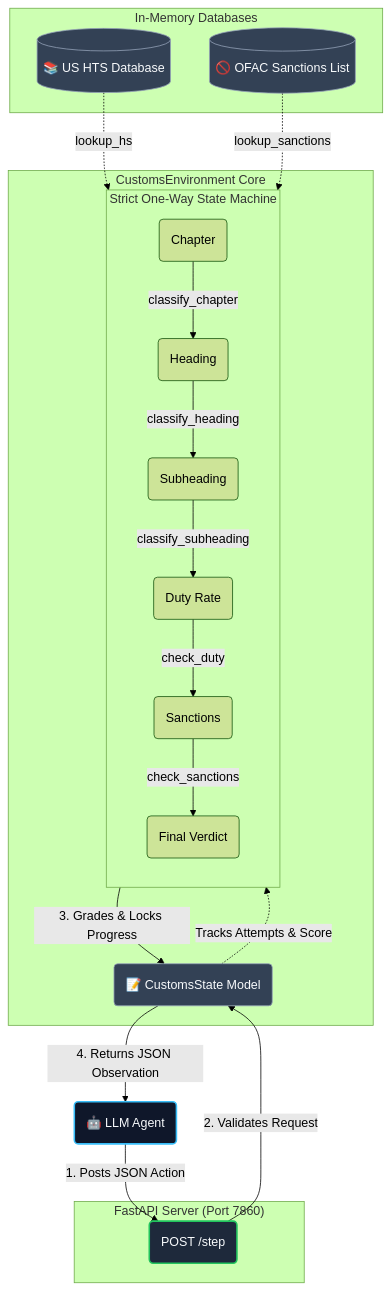
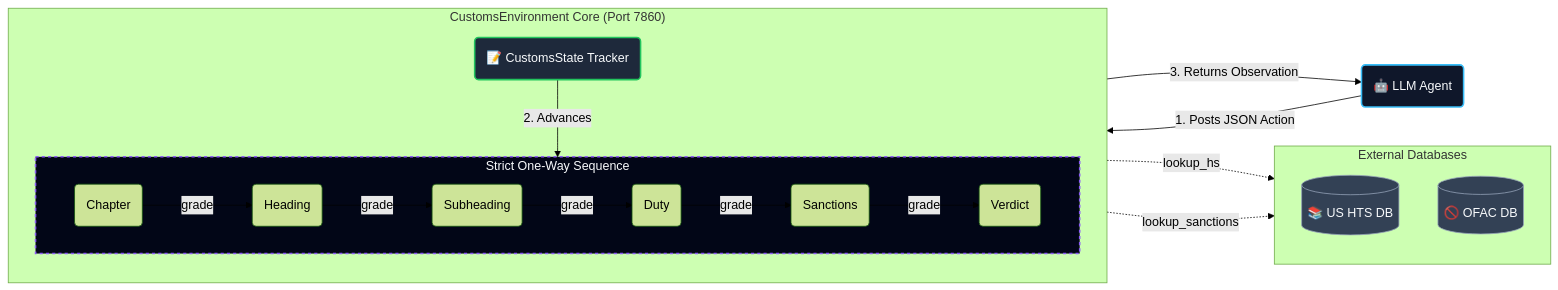
The diagram in README.md (sriharizz/customs-trade-classification), drawn with Mermaid (forest theme) before and after one commit.

Commit message:
docs: Update Mermaid diagram to Left-to-Right layout for clarity

````diff
--- a/README.md
+++ b/README.md
@@ -154,38 +154,39 @@
 ```mermaid
-graph TD
+graph LR
     classDef llm fill:#0f172a,stroke:#38bdf8,stroke-width:2px,color:#f8fafc;
     classDef server fill:#1e293b,stroke:#22c55e,stroke-width:2px,color:#f8fafc;
     classDef db fill:#334155,stroke:#94a3b8,stroke-width:1px,color:#f8fafc;
+    classDef oneway fill:#020617,stroke:#8b5cf6,stroke-width:2px,color:#f8fafc,stroke-dasharray: 4;
 
     Agent("🤖 LLM Agent"):::llm
 
-    subgraph API ["FastAPI Server (Port 7860)"]
-        Router("POST /step"):::server
+    subgraph Env ["CustomsEnvironment Core (Port 7860)"]
+        direction TB
+        State("📝 CustomsState Tracker"):::server
+        
+        subgraph Machine ["Strict One-Way Sequence"]
+            direction LR
+            C("Chapter") -->|grade| H("Heading")
+            H -->|grade| S("Subheading")
+            S -->|grade| D("Duty")
+            D -->|grade| SF("Sanctions")
+            SF -->|grade| V("Verdict")
+        end
     end
 
-    subgraph Core ["CustomsEnvironment Core"]
-        State("📝 CustomsState Model"):::db
-        
-        subgraph OneWay ["Strict One-Way State Machine"]
-            direction TB
-            C("Chapter") -->|"classify_chapter"| H("Heading")
-            H -->|"classify_heading"| S("Subheading")
-            S -->|"classify_subheading"| D("Duty Rate")
-            D -->|"check_duty"| SF("Sanctions")
-            SF -->|"check_sanctions"| V("Final Verdict")
-        end
-        State -.->|"Tracks Attempts & Score"| OneWay
+    subgraph Data ["External Databases"]
+        direction TB
+        HTS[("📚 US HTS DB")]:::db
+        OFAC[("🚫 OFAC DB")]:::db
     end
 
-    subgraph Data ["In-Memory Databases"]
-        HTS[("📚 US HTS Database")]:::db
-        OFAC[("🚫 OFAC Sanctions List")]:::db
-    end
-
-    Agent -->|"1. Posts JSON Action"| Router
-    Router -->|"2. Validates Request"| State
-    OneWay -->|"3. Grades & Locks Progress"| State
-    HTS -.->|"lookup_hs"| OneWay
-    OFAC -.->|"lookup_sanctions"| OneWay
-    State -->|"4. Returns JSON Observation"| Agent
+    Agent -->|"1. Posts JSON Action"| State
+    State -->|"2. Advances"| Machine
+    
+    Machine -.->|"lookup_hs"| HTS
+    Machine -.->|"lookup_sanctions"| OFAC
+    
+    Machine -->|"3. Returns Observation"| Agent
+    
+    class Machine oneway;
 ```
````
